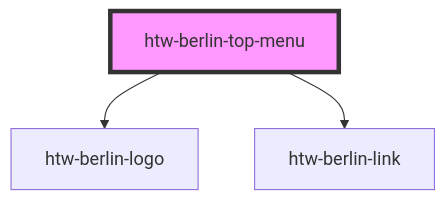
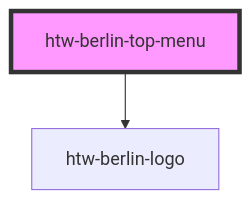
One commit to kevinklaus/htw-ds-webcomponents changed the diagram in src/components/htw-berlin-top-menu/readme.md. Above: the diagram before and after it, drawn with Mermaid. The commit also changed other lines of this file and 8 other files, not shown here.

````diff
--- a/src/components/htw-berlin-top-menu/readme.md
+++ b/src/components/htw-berlin-top-menu/readme.md
@@ -21,6 +22,5 @@
 ```mermaid
 graph TD;
   htw-berlin-top-menu --> htw-berlin-logo
-  htw-berlin-top-menu --> htw-berlin-link
   style htw-berlin-top-menu fill:#f9f,stroke:#333,stroke-width:4px
 ```
````
